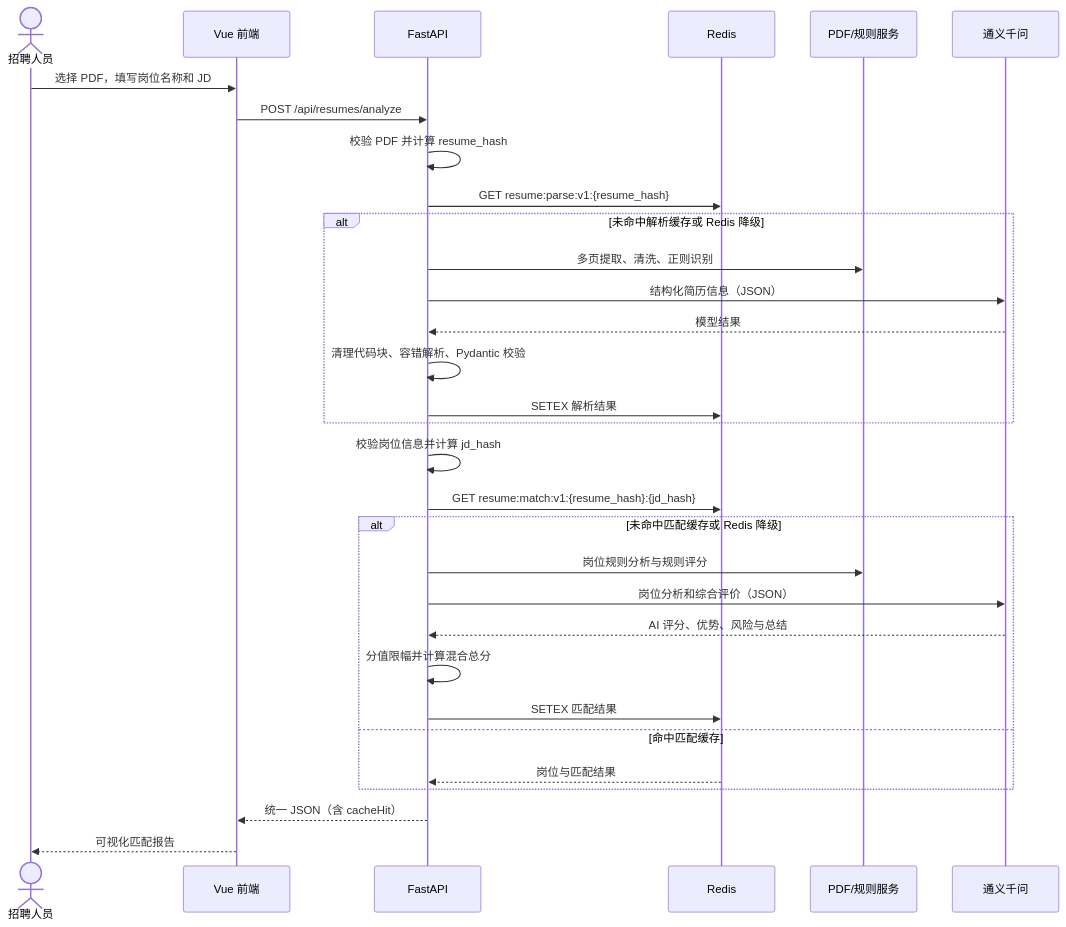
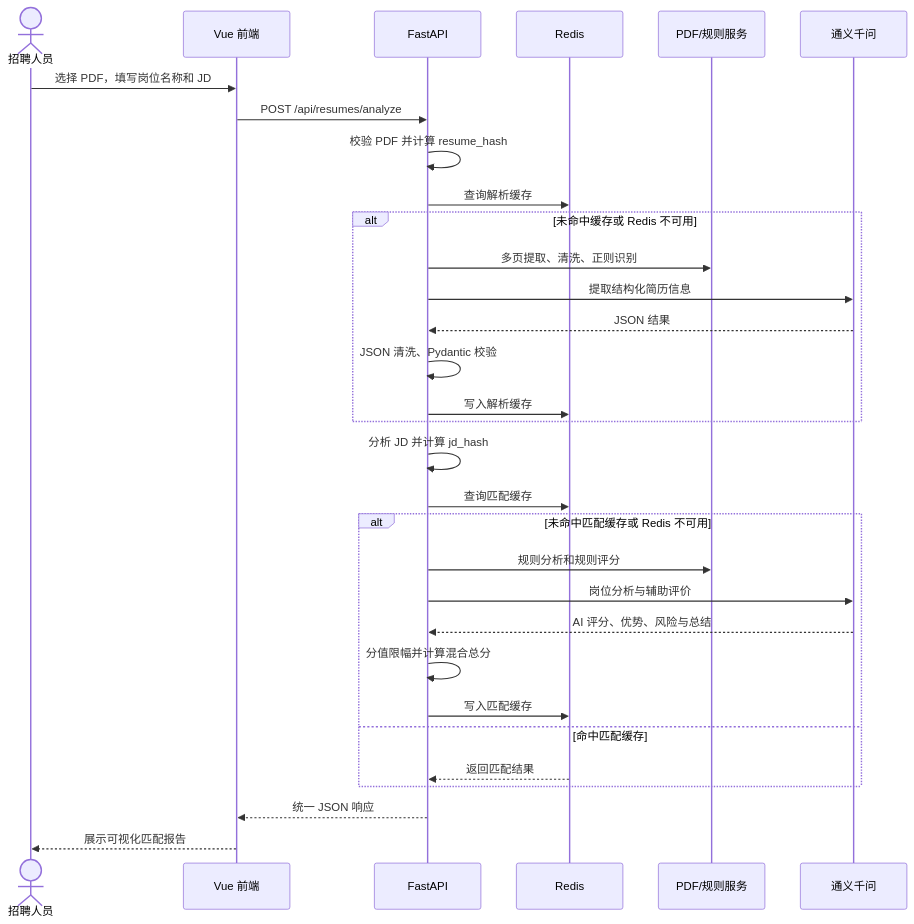
One commit to ZYZ666-RGB/ai-resume-analyzer changed the second of 2 diagrams in README.md. Above: the diagram before and after it, drawn with Mermaid. The commit also changed other lines of this file, not shown here.

````diff
--- a/README.md
+++ b/README.md
@@ -71,34 +156,38 @@
 ```mermaid
 sequenceDiagram
     actor User as 招聘人员
     participant Web as Vue 前端
     participant API as FastAPI
     participant Cache as Redis
     participant PDF as PDF/规则服务
     participant LLM as 通义千问
 
     User->>Web: 选择 PDF，填写岗位名称和 JD
     Web->>API: POST /api/resumes/analyze
     API->>API: 校验 PDF 并计算 resume_hash
-    API->>Cache: GET resume:parse:v1:{resume_hash}
-    alt 未命中解析缓存或 Redis 降级
+    API->>Cache: 查询解析缓存
+
+    alt 未命中缓存或 Redis 不可用
         API->>PDF: 多页提取、清洗、正则识别
-        API->>LLM: 结构化简历信息（JSON）
-        LLM-->>API: 模型结果
-        API->>API: 清理代码块、容错解析、Pydantic 校验
-        API->>Cache: SETEX 解析结果
+        API->>LLM: 提取结构化简历信息
+        LLM-->>API: JSON 结果
+        API->>API: JSON 清洗、Pydantic 校验
+        API->>Cache: 写入解析缓存
     end
-    API->>API: 校验岗位信息并计算 jd_hash
-    API->>Cache: GET resume:match:v1:{resume_hash}:{jd_hash}
-    alt 未命中匹配缓存或 Redis 降级
-        API->>PDF: 岗位规则分析与规则评分
-        API->>LLM: 岗位分析和综合评价（JSON）
+
+    API->>API: 分析 JD 并计算 jd_hash
+    API->>Cache: 查询匹配缓存
+
+    alt 未命中匹配缓存或 Redis 不可用
+        API->>PDF: 规则分析和规则评分
+        API->>LLM: 岗位分析与辅助评价
         LLM-->>API: AI 评分、优势、风险与总结
         API->>API: 分值限幅并计算混合总分
-        API->>Cache: SETEX 匹配结果
+        API->>Cache: 写入匹配缓存
     else 命中匹配缓存
-        Cache-->>API: 岗位与匹配结果
+        Cache-->>API: 返回匹配结果
     end
-    API-->>Web: 统一 JSON（含 cacheHit）
-    Web-->>User: 可视化匹配报告
+
+    API-->>Web: 统一 JSON 响应
+    Web-->>User: 展示可视化匹配报告
 ```
````
